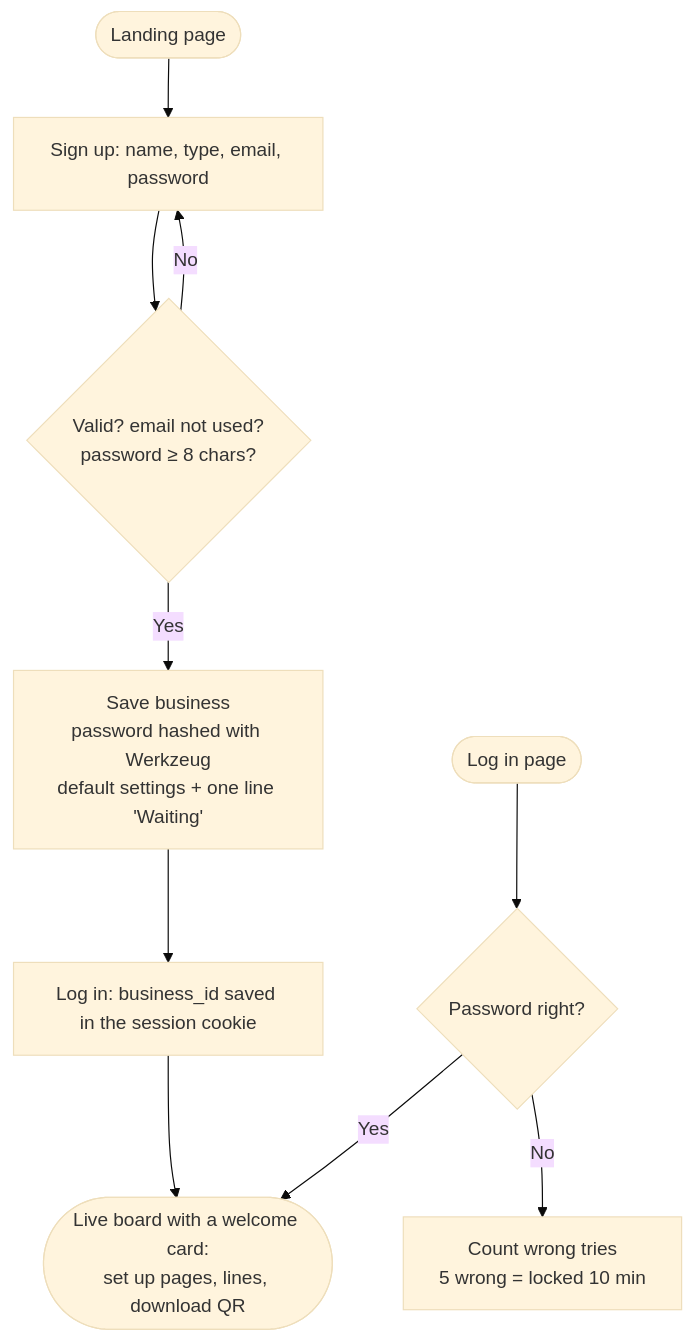
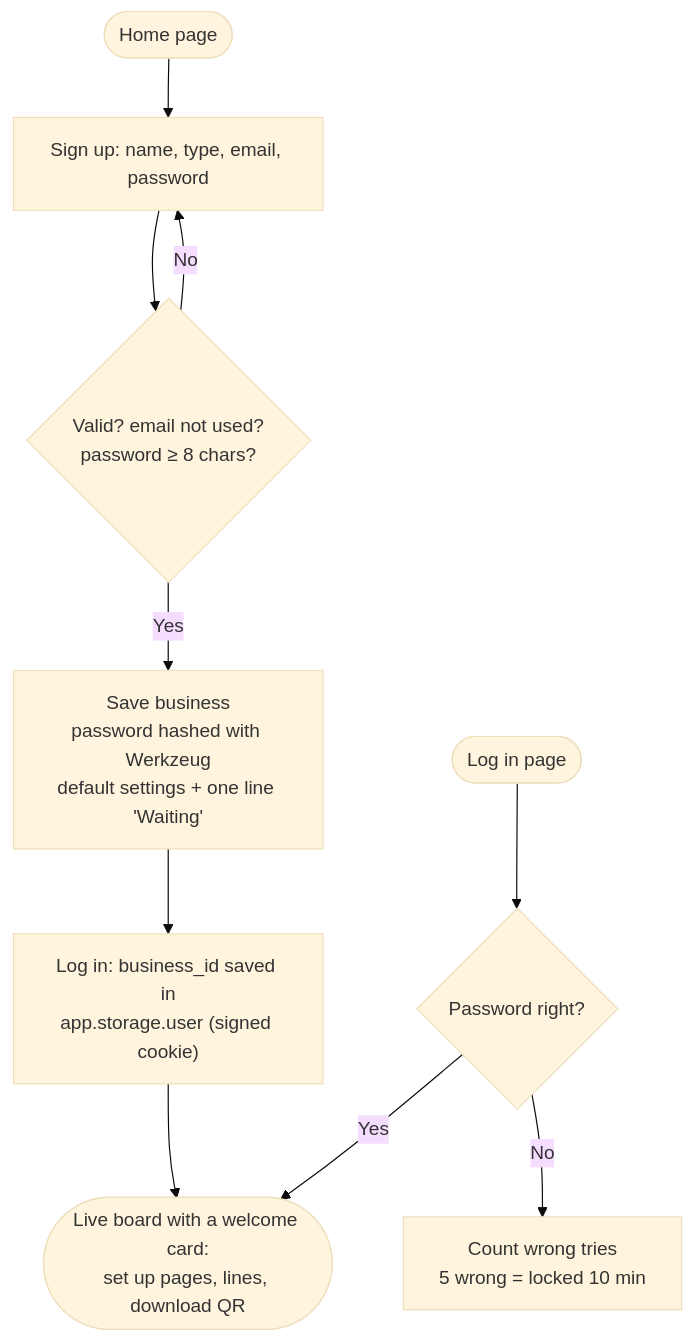
Before and after one commit to unwacko/dashQ_deployed: the tenth of 11 diagrams in dashQ_how_it_works.md, drawn with Mermaid (base theme). The commit also changed other lines of this file and 60 other files, not shown here.

````diff
--- a/dashQ_how_it_works.md
+++ b/dashQ_how_it_works.md
@@ -382,13 +430,13 @@
 ```mermaid
 flowchart TD
-    A([Landing page]) --> B[Sign up: name, type, email, password]
+    A([Home page]) --> B[Sign up: name, type, email, password]
     B --> C{Valid? email not used?<br/>password ≥ 8 chars?}
     C -- No --> B
     C -- Yes --> D["Save business<br/>password hashed with Werkzeug<br/>default settings + one line 'Waiting'"]
-    D --> E[Log in: business_id saved in the session cookie]
+    D --> E["Log in: business_id saved in<br/>app.storage.user (signed cookie)"]
     E --> F([Live board with a welcome card:<br/>set up pages, lines, download QR])
 
     G([Log in page]) --> H{Password right?}
     H -- No --> I[Count wrong tries<br/>5 wrong = locked 10 min]
     H -- Yes --> F
 ```
````
